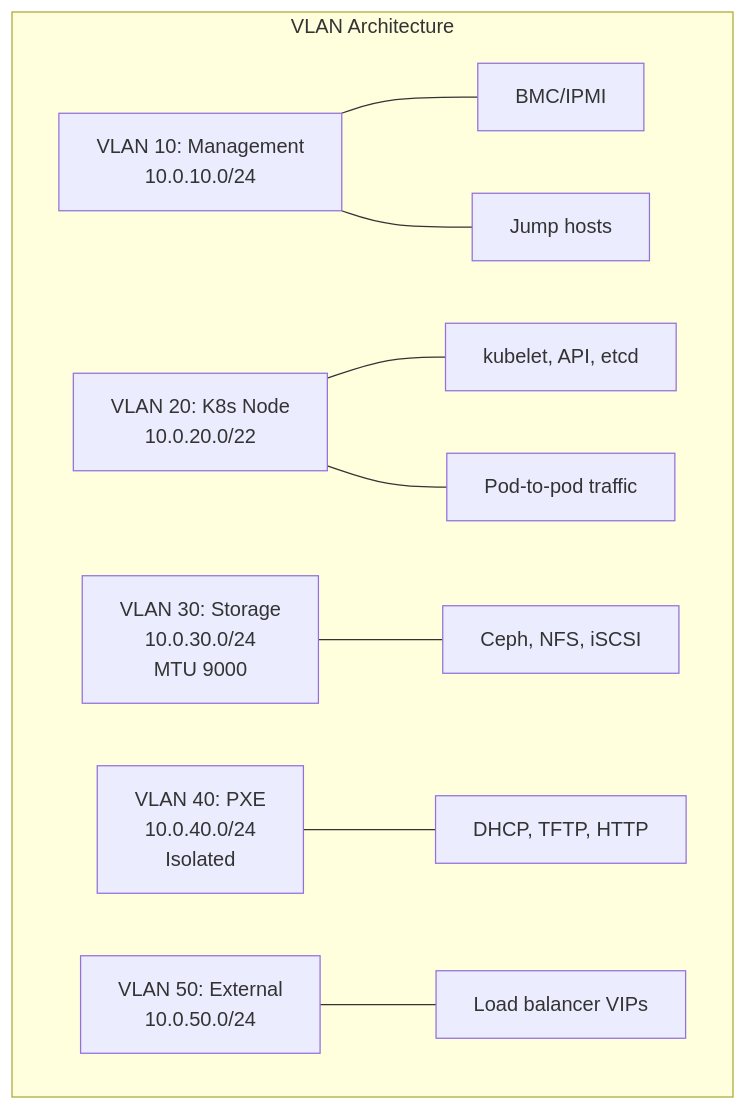
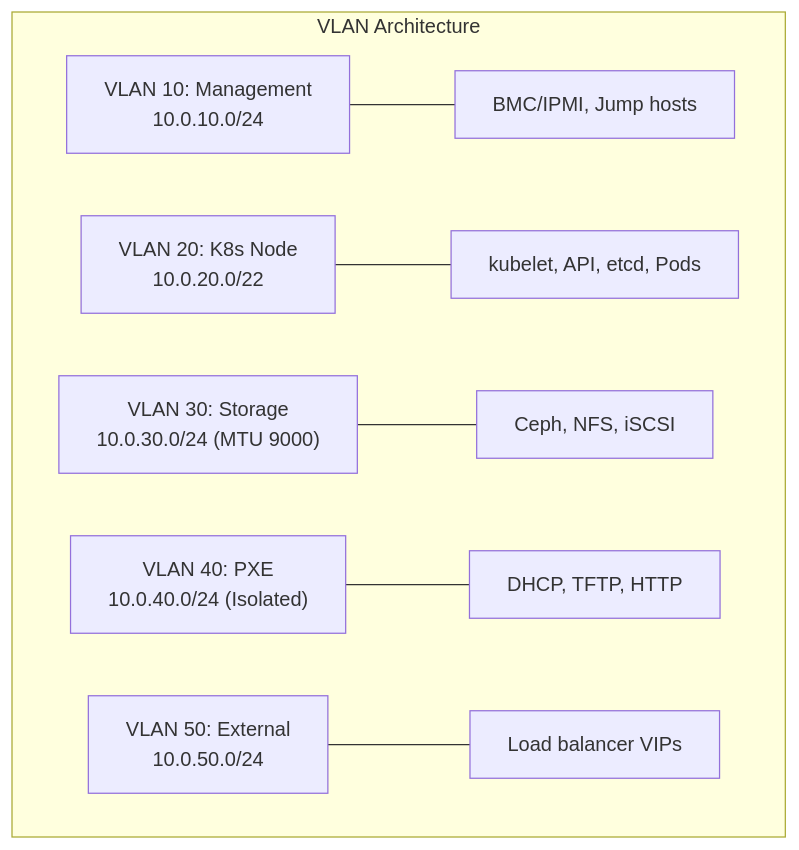
Before and after one commit to krisztiankoos/kubedojo: the third of 7 diagrams in src/content/docs/on-premises/networking/module-3.1-datacenter-networking.md, drawn with Mermaid. The commit also changed other lines of this file, not shown here.

````diff
--- a/src/content/docs/on-premises/networking/module-3.1-datacenter-networking.md
+++ b/src/content/docs/on-premises/networking/module-3.1-datacenter-networking.md
@@ -212,12 +136,10 @@
 ```mermaid
 graph TD
     subgraph VLAN Architecture
-    V10[VLAN 10: Management<br>10.0.10.0/24] --- V10a[BMC/IPMI]
-    V10 --- V10b[Jump hosts]
-    V20[VLAN 20: K8s Node<br>10.0.20.0/22] --- V20a[kubelet, API, etcd]
-    V20 --- V20b[Pod-to-pod traffic]
-    V30[VLAN 30: Storage<br>10.0.30.0/24<br>MTU 9000] --- V30a[Ceph, NFS, iSCSI]
-    V40[VLAN 40: PXE<br>10.0.40.0/24<br>Isolated] --- V40a[DHCP, TFTP, HTTP]
-    V50[VLAN 50: External<br>10.0.50.0/24] --- V50a[Load balancer VIPs]
+    V10["VLAN 10: Management<br>10.0.10.0/24"] --- V10a["BMC/IPMI, Jump hosts"]
+    V20["VLAN 20: K8s Node<br>10.0.20.0/22"] --- V20a["kubelet, API, etcd, Pods"]
+    V30["VLAN 30: Storage<br>10.0.30.0/24 (MTU 9000)"] --- V30a["Ceph, NFS, iSCSI"]
+    V40["VLAN 40: PXE<br>10.0.40.0/24 (Isolated)"] --- V40a["DHCP, TFTP, HTTP"]
+    V50["VLAN 50: External<br>10.0.50.0/24"] --- V50a["Load balancer VIPs"]
     end
 ```
````
